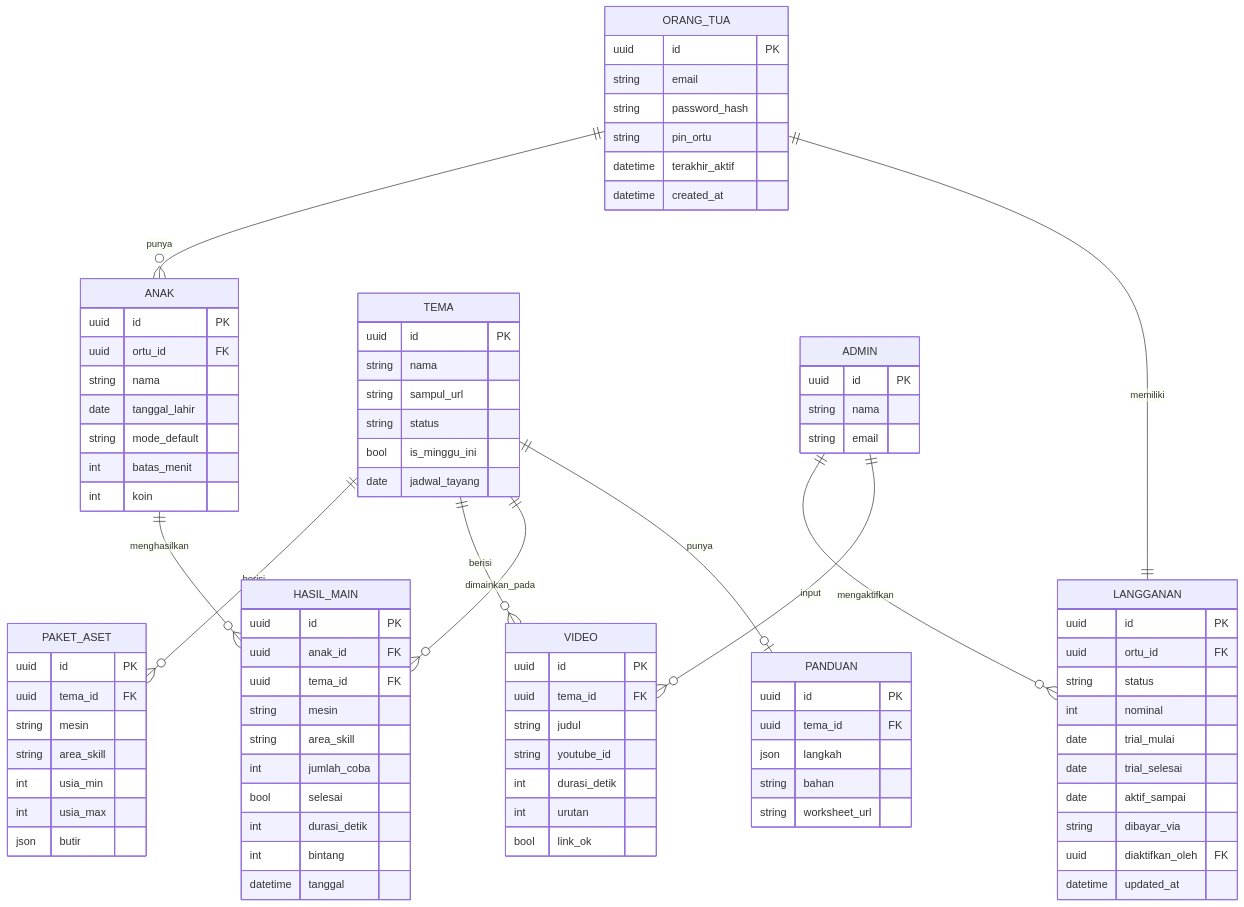
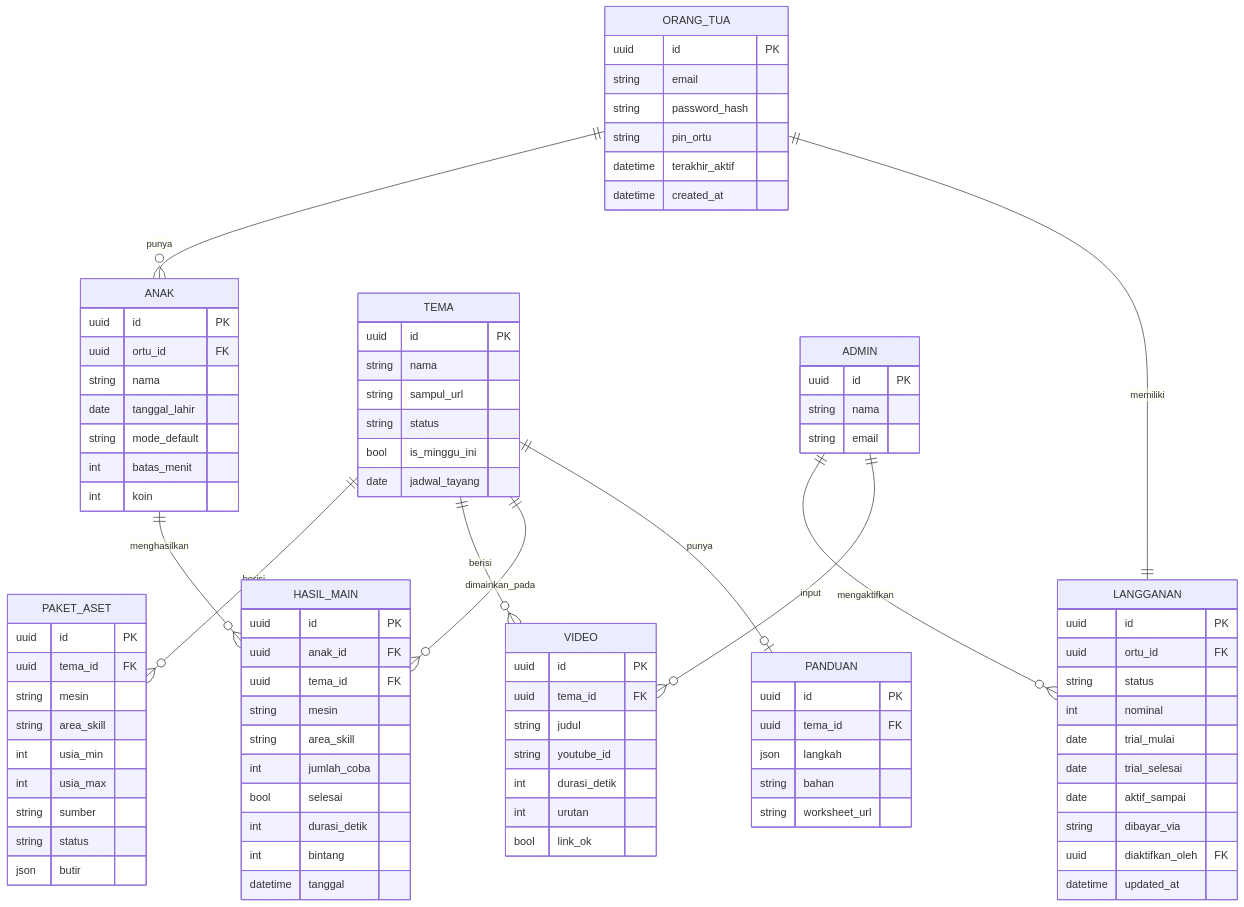
Before and after one commit to khabibrizal/kidzplayful: the fifth of 5 diagrams in docs/specs/2026-06-10-kidzplayful-design.md, drawn with Mermaid. The commit also changed other lines of this file and 5 other files, not shown here.

```diff
--- a/docs/specs/2026-06-10-kidzplayful-design.md
+++ b/docs/specs/2026-06-10-kidzplayful-design.md
@@ -604,6 +617,8 @@
     string area_skill
     int usia_min
     int usia_max
+    string sumber
+    string status
     json butir
   }
   VIDEO {
```
